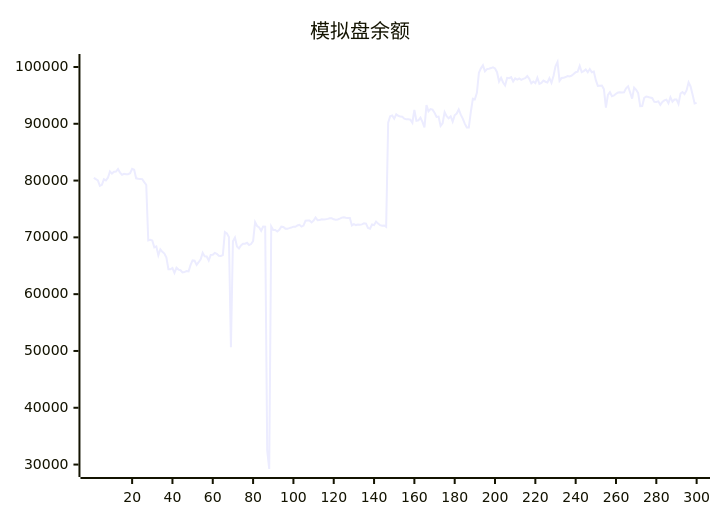
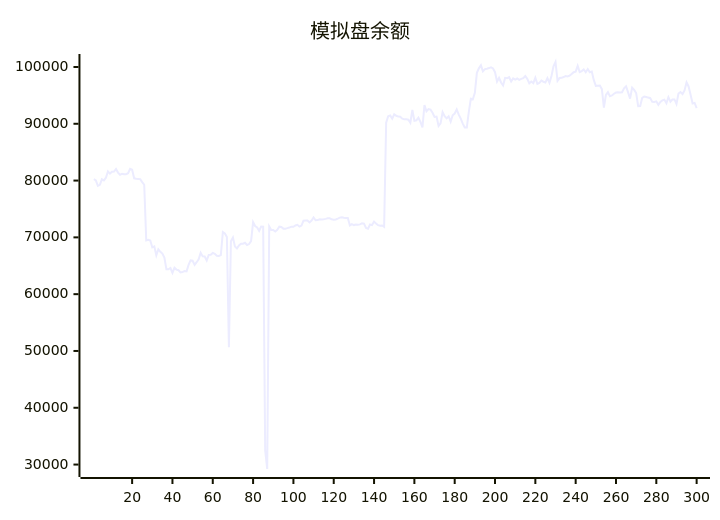
One commit to aahl/ai-trading changed the diagram in README.md. Above: the diagram before and after it, drawn with Mermaid. The commit also changed other lines of this file and 1 other file, not shown here.

````diff
--- a/README.md
+++ b/README.md
@@ -5,5 +5,5 @@
 ```mermaid
 xychart
     title "模拟盘余额"
-    line [80484,80242,80034,79063,79245,80226,80016,80507,81625,81233,81544,81578,82016,81401,81019,81186,81130,81118,81306,82066,81909,80392,80304,80291,80258,79729,79261,69466,69579,69456,68251,68415,66832,67911,67462,67144,66432,64380,64375,64606,63740,64647,64324,64216,63842,63877,64078,64008,65156,65945,65888,65157,65625,66144,67284,66653,66639,65924,66925,66956,67263,67108,66766,66729,66886,70927,70673,70049,50652,69334,69973,68400,68061,68578,68876,68879,69055,68662,68822,69329,72687,71999,71760,71162,71911,71896,32500,29218,71927,71297,71305,71044,71337,71883,71822,71536,71536,71622,71723,71880,71860,72100,72216,71887,72077,72940,72976,72966,72638,72948,73497,73004,73041,73173,73160,73186,73258,73375,73351,73173,73098,73161,73305,73474,73536,73457,73413,73412,72100,72333,72164,72272,72204,72285,72461,72421,71652,71521,72267,72157,72774,72424,72144,72060,72091,71858,90185,91338,91466,90900,91678,91404,91268,91244,90903,90779,90787,90721,90187,92429,90518,90619,91070,90328,89376,93286,92202,92581,92485,91947,91196,91259,89619,90086,92063,91355,90950,91327,90373,91498,91800,92531,91603,90910,90031,89351,89334,92097,94406,94315,95455,98972,99763,100286,99229,99622,99701,99805,99938,99738,99082,97430,98094,97267,96741,98081,98013,98194,97447,97983,97789,97969,97729,97911,98043,98405,97912,97120,97448,97154,98095,97021,97190,97616,97402,97263,98035,97210,98424,100120,100876,97552,98049,98085,98228,98388,98342,98488,98750,99086,99181,100188,99107,99272,99553,99072,99636,99061,99186,97674,96679,96704,96743,96096,92830,95088,95560,94866,94995,95295,95497,95531,95527,95559,96236,96597,95538,94422,96363,95972,95418,93094,93128,94558,94795,94727,94611,94508,93857,93852,93954,93340,93862,94112,94249,93603,94682,93898,94267,94288,93490,95337,95601,95226,95879,97301,96573,95113,93569,93681]
+    line [80242,80034,79063,79245,80226,80016,80507,81625,81233,81544,81578,82016,81401,81019,81186,81130,81118,81306,82066,81909,80392,80304,80291,80258,79729,79261,69466,69579,69456,68251,68415,66832,67911,67462,67144,66432,64380,64375,64606,63740,64647,64324,64216,63842,63877,64078,64008,65156,65945,65888,65157,65625,66144,67284,66653,66639,65924,66925,66956,67263,67108,66766,66729,66886,70927,70673,70049,50652,69334,69973,68400,68061,68578,68876,68879,69055,68662,68822,69329,72687,71999,71760,71162,71911,71896,32500,29218,71927,71297,71305,71044,71337,71883,71822,71536,71536,71622,71723,71880,71860,72100,72216,71887,72077,72940,72976,72966,72638,72948,73497,73004,73041,73173,73160,73186,73258,73375,73351,73173,73098,73161,73305,73474,73536,73457,73413,73412,72100,72333,72164,72272,72204,72285,72461,72421,71652,71521,72267,72157,72774,72424,72144,72060,72091,71858,90185,91338,91466,90900,91678,91404,91268,91244,90903,90779,90787,90721,90187,92429,90518,90619,91070,90328,89376,93286,92202,92581,92485,91947,91196,91259,89619,90086,92063,91355,90950,91327,90373,91498,91800,92531,91603,90910,90031,89351,89334,92097,94406,94315,95455,98972,99763,100286,99229,99622,99701,99805,99938,99738,99082,97430,98094,97267,96741,98081,98013,98194,97447,97983,97789,97969,97729,97911,98043,98405,97912,97120,97448,97154,98095,97021,97190,97616,97402,97263,98035,97210,98424,100120,100876,97552,98049,98085,98228,98388,98342,98488,98750,99086,99181,100188,99107,99272,99553,99072,99636,99061,99186,97674,96679,96704,96743,96096,92830,95088,95560,94866,94995,95295,95497,95531,95527,95559,96236,96597,95538,94422,96363,95972,95418,93094,93128,94558,94795,94727,94611,94508,93857,93852,93954,93340,93862,94112,94249,93603,94682,93898,94267,94288,93490,95337,95601,95226,95879,97301,96573,95113,93569,93681,92773]
 ```
````
